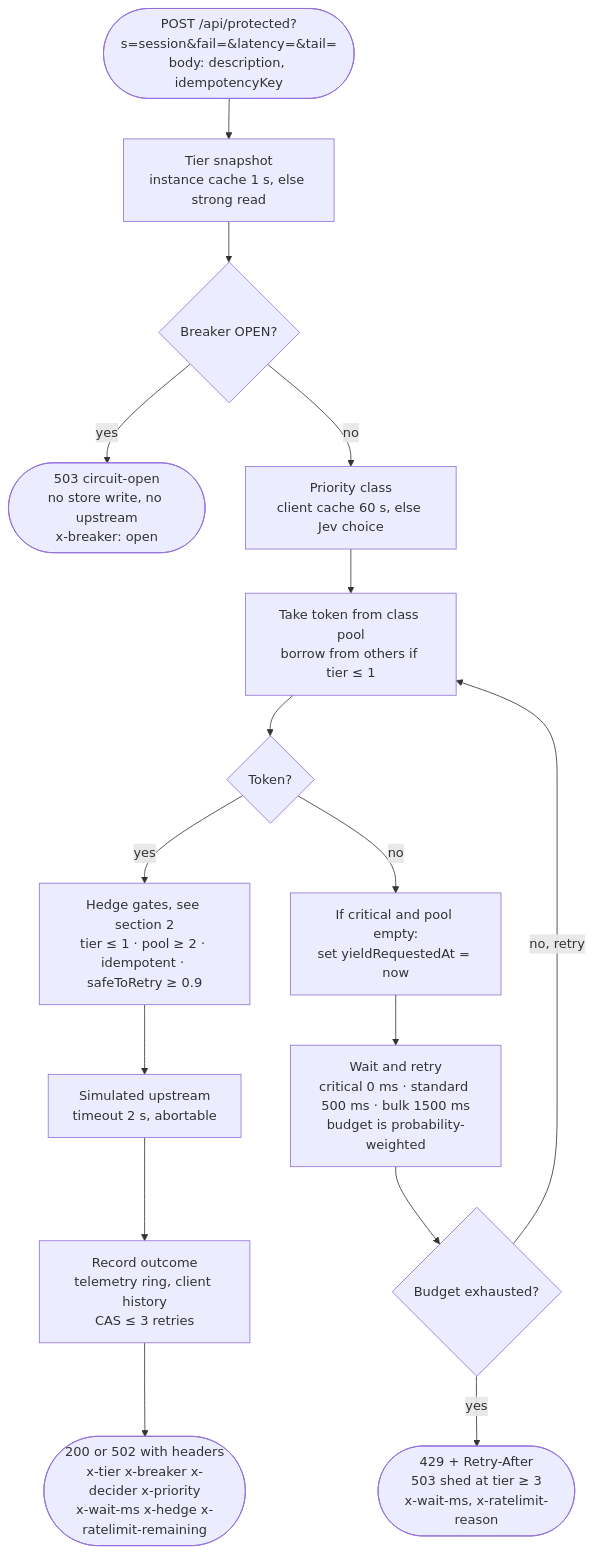
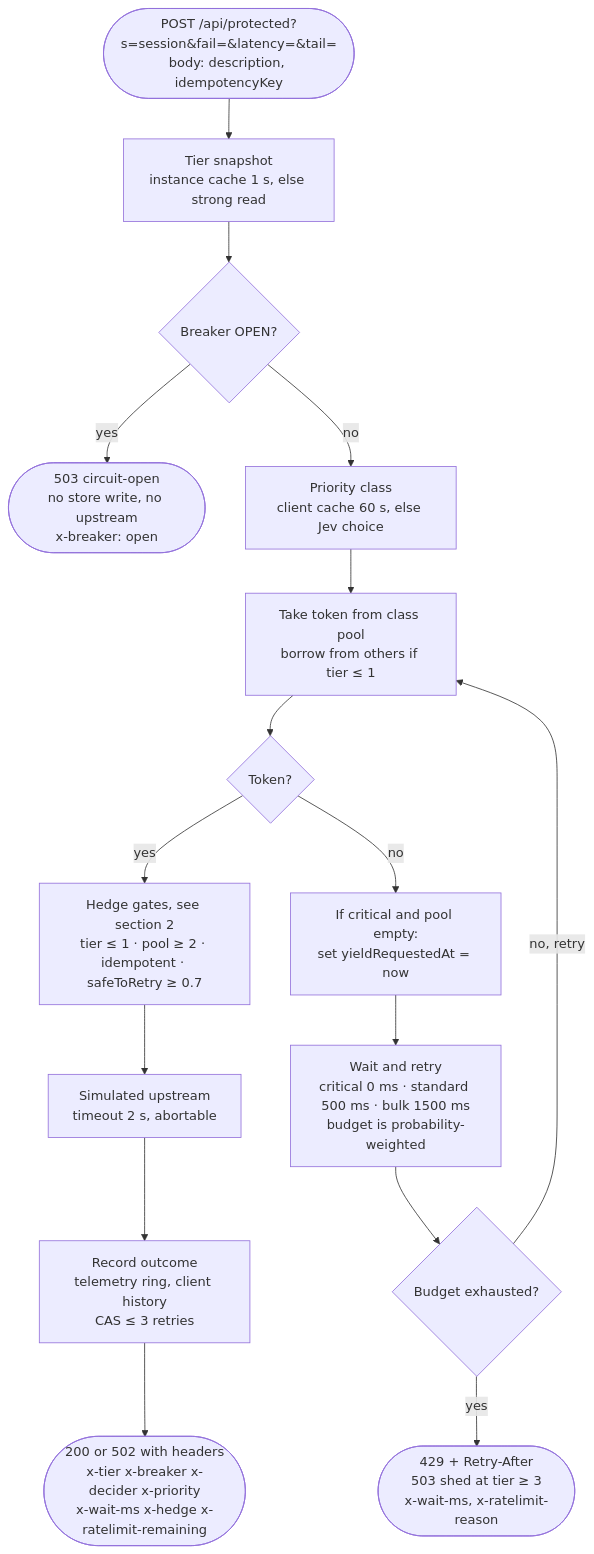
The first of 4 diagrams in docs/data-plane.md (bharath-ramaprasad/infra-guardian), drawn with Mermaid before and after one commit. The commit also changed other lines of this file and 34 other files, not shown here.

````diff
--- a/docs/data-plane.md
+++ b/docs/data-plane.md
@@ -10,26 +10,26 @@
 ```mermaid
 flowchart TB
   IN([POST /api/protected?s=session&fail=&latency=&tail=<br/>body: description, idempotencyKey])
   SNAP["Tier snapshot<br/>instance cache 1 s, else strong read"]
   BRK{Breaker OPEN?}
   FAST([503 circuit-open<br/>no store write, no upstream<br/>x-breaker: open])
   CLS["Priority class<br/>client cache 60 s, else Jev choice"]
   POOL["Take token from class pool<br/>borrow from others if tier ≤ 1"]
   GOT{Token?}
   YIELD["If critical and pool empty:<br/>set yieldRequestedAt = now"]
   WAIT["Wait and retry<br/>critical 0 ms · standard 500 ms · bulk 1500 ms<br/>budget is probability-weighted"]
   EXP{Budget exhausted?}
   REJ([429 + Retry-After<br/>503 shed at tier ≥ 3<br/>x-wait-ms, x-ratelimit-reason])
-  HEDGE["Hedge gates, see section 2<br/>tier ≤ 1 · pool ≥ 2 · idempotent · safeToRetry ≥ 0.9"]
+  HEDGE["Hedge gates, see section 2<br/>tier ≤ 1 · pool ≥ 2 · idempotent · safeToRetry ≥ 0.7"]
   UP["Simulated upstream<br/>timeout 2 s, abortable"]
   REC["Record outcome<br/>telemetry ring, client history<br/>CAS ≤ 3 retries"]
   OUT([200 or 502 with headers<br/>x-tier x-breaker x-decider x-priority<br/>x-wait-ms x-hedge x-ratelimit-remaining])
 
   IN --> SNAP --> BRK
   BRK -->|yes| FAST
   BRK -->|no| CLS --> POOL --> GOT
   GOT -->|yes| HEDGE --> UP --> REC --> OUT
   GOT -->|no| YIELD --> WAIT --> EXP
   EXP -->|yes| REJ
   EXP -->|no, retry| POOL
 ```
````
